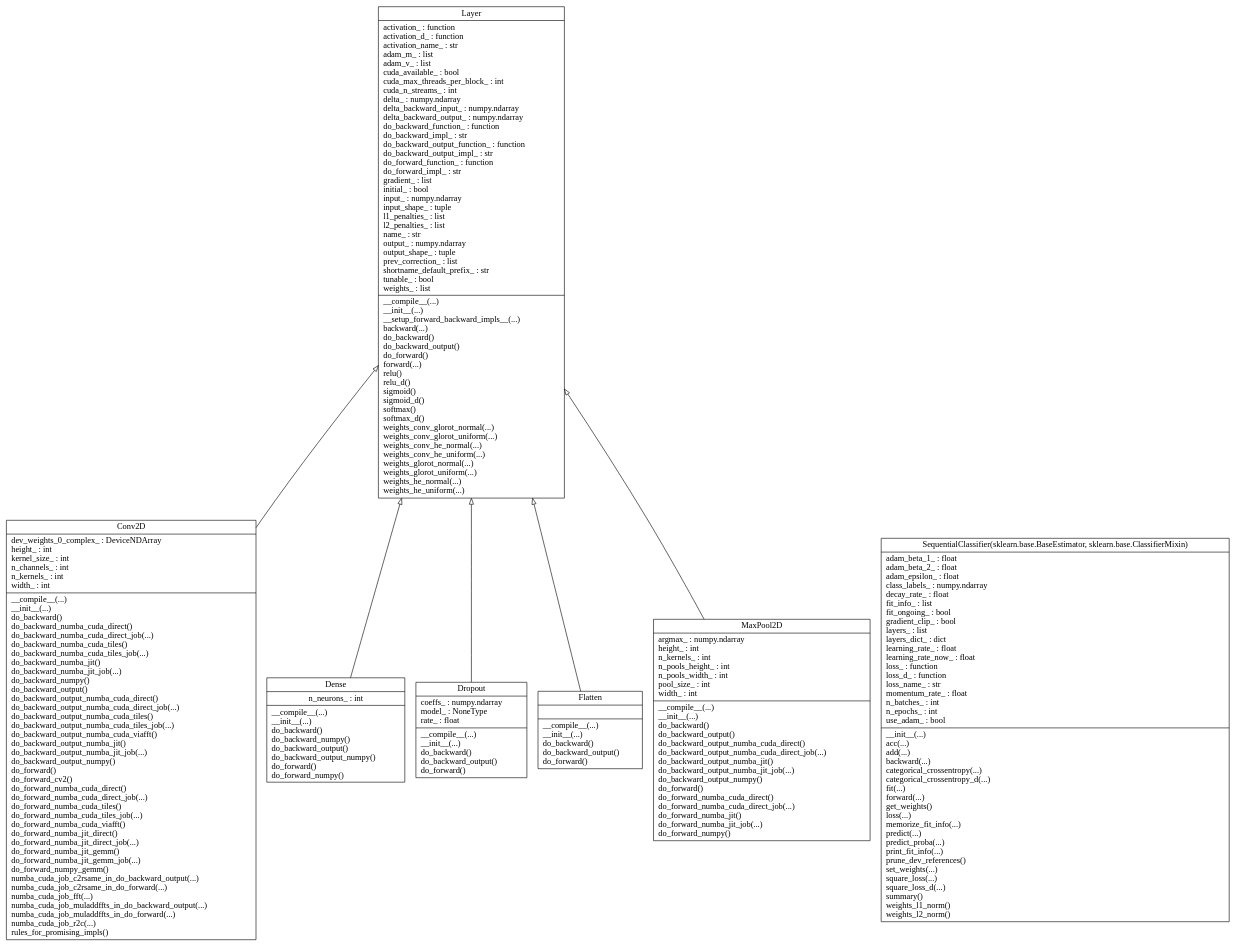
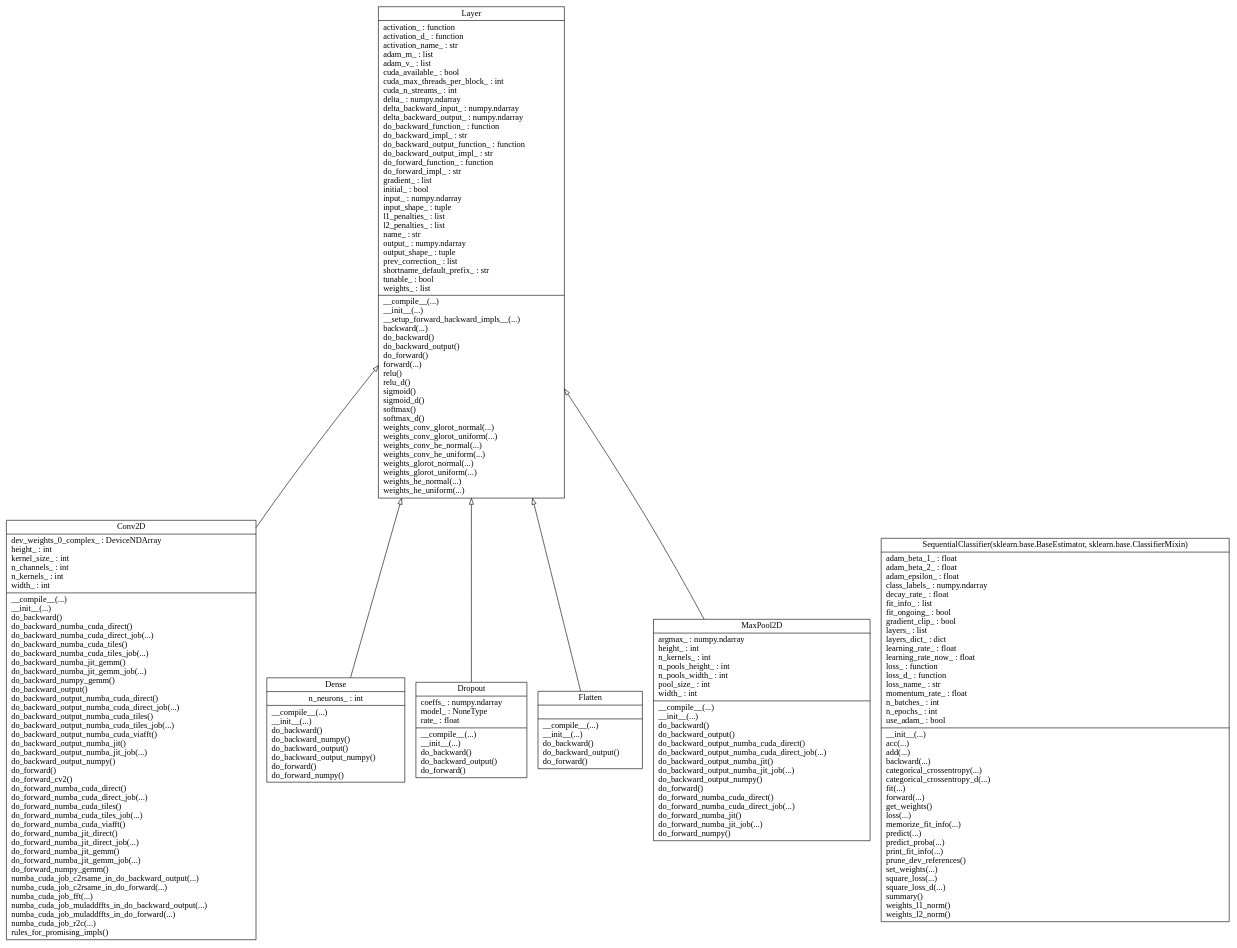
One commit to pklesk/hmdl changed the diagram in uml/classes.dot. Above: the diagram before and after it, drawn with Graphviz. The commit also changed 3 other files, not shown here.

Commit message:
corrected gemm names of backward function in Conv2D and update of UML diagram

```diff
--- a/uml/classes.dot
+++ b/uml/classes.dot
@@ -1,16 +1,16 @@
 digraph "classes" {
 charset="utf-8"
 rankdir=BT
-"0" [label="{Conv2D|dev_weights_0_complex_ : DeviceNDArray\lheight_ : int\lkernel_size_ : int\ln_channels_ : int\ln_kernels_ : int\lwidth_ : int\l|__compile__(...)\l__init__(...)\ldo_backward()\ldo_backward_numba_cuda_direct()\ldo_backward_numba_cuda_direct_job(...)\ldo_backward_numba_cuda_tiles()\ldo_backward_numba_cuda_tiles_job(...)\ldo_backward_numba_jit()\ldo_backward_numba_jit_job(...)\ldo_backward_numpy()\ldo_backward_output()\ldo_backward_output_numba_cuda_direct()\ldo_backward_output_numba_cuda_direct_job(...)\ldo_backward_output_numba_cuda_tiles()\ldo_backward_output_numba_cuda_tiles_job(...)\ldo_backward_output_numba_cuda_viafft()\ldo_backward_output_numba_jit()\ldo_backward_output_numba_jit_job(...)\ldo_backward_output_numpy()\ldo_forward()\ldo_forward_cv2()\ldo_forward_numba_cuda_direct()\ldo_forward_numba_cuda_direct_job(...)\ldo_forward_numba_cuda_tiles()\ldo_forward_numba_cuda_tiles_job(...)\ldo_forward_numba_cuda_viafft()\ldo_forward_numba_jit_direct()\ldo_forward_numba_jit_direct_job(...)\ldo_forward_numba_jit_gemm()\ldo_forward_numba_jit_gemm_job(...)\ldo_forward_numpy_gemm()\lnumba_cuda_job_c2rsame_in_do_backward_output(...)\lnumba_cuda_job_c2rsame_in_do_forward(...)\lnumba_cuda_job_fft(...)\lnumba_cuda_job_muladdffts_in_do_backward_output(...)\lnumba_cuda_job_muladdffts_in_do_forward(...)\lnumba_cuda_job_r2c(...)\lrules_for_promising_impls()\l}", shape="record"];
+"0" [label="{Conv2D|dev_weights_0_complex_ : DeviceNDArray\lheight_ : int\lkernel_size_ : int\ln_channels_ : int\ln_kernels_ : int\lwidth_ : int\l|__compile__(...)\l__init__(...)\ldo_backward()\ldo_backward_numba_cuda_direct()\ldo_backward_numba_cuda_direct_job(...)\ldo_backward_numba_cuda_tiles()\ldo_backward_numba_cuda_tiles_job(...)\ldo_backward_numba_jit_gemm()\ldo_backward_numba_jit_gemm_job(...)\ldo_backward_numpy_gemm()\ldo_backward_output()\ldo_backward_output_numba_cuda_direct()\ldo_backward_output_numba_cuda_direct_job(...)\ldo_backward_output_numba_cuda_tiles()\ldo_backward_output_numba_cuda_tiles_job(...)\ldo_backward_output_numba_cuda_viafft()\ldo_backward_output_numba_jit()\ldo_backward_output_numba_jit_job(...)\ldo_backward_output_numpy()\ldo_forward()\ldo_forward_cv2()\ldo_forward_numba_cuda_direct()\ldo_forward_numba_cuda_direct_job(...)\ldo_forward_numba_cuda_tiles()\ldo_forward_numba_cuda_tiles_job(...)\ldo_forward_numba_cuda_viafft()\ldo_forward_numba_jit_direct()\ldo_forward_numba_jit_direct_job(...)\ldo_forward_numba_jit_gemm()\ldo_forward_numba_jit_gemm_job(...)\ldo_forward_numpy_gemm()\lnumba_cuda_job_c2rsame_in_do_backward_output(...)\lnumba_cuda_job_c2rsame_in_do_forward(...)\lnumba_cuda_job_fft(...)\lnumba_cuda_job_muladdffts_in_do_backward_output(...)\lnumba_cuda_job_muladdffts_in_do_forward(...)\lnumba_cuda_job_r2c(...)\lrules_for_promising_impls()\l}", shape="record"];
 "1" [label="{Dense|n_neurons_ : int|__compile__(...)\l__init__(...)\ldo_backward()\ldo_backward_numpy()\ldo_backward_output()\ldo_backward_output_numpy()\ldo_forward()\ldo_forward_numpy()\l}", shape="record"];
 "2" [label="{Dropout|coeffs_ : numpy.ndarray\lmodel_ : NoneType\lrate_ : float\l|__compile__(...)\l__init__(...)\ldo_backward()\ldo_backward_output()\ldo_forward()\l}", shape="record"];
 "3" [label="{Flatten||__compile__(...)\l__init__(...)\ldo_backward()\ldo_backward_output()\ldo_forward()\l}", shape="record"];
 "4" [label="{Layer|activation_ : function\lactivation_d_ : function\lactivation_name_ : str\ladam_m_ : list\ladam_v_ : list\lcuda_available_ : bool\lcuda_max_threads_per_block_ : int\lcuda_n_streams_ : int\ldelta_ : numpy.ndarray\ldelta_backward_input_ : numpy.ndarray\ldelta_backward_output_ : numpy.ndarray\ldo_backward_function_ : function\ldo_backward_impl_ : str\ldo_backward_output_function_ : function\ldo_backward_output_impl_ : str\ldo_forward_function_ : function\ldo_forward_impl_ : str\lgradient_ : list\linitial_ : bool\linput_ : numpy.ndarray\linput_shape_ : tuple\ll1_penalties_ : list\ll2_penalties_ : list\lname_ : str\loutput_ : numpy.ndarray\loutput_shape_ : tuple\lprev_correction_ : list\lshortname_default_prefix_ : str\ltunable_ : bool\lweights_ : list\l|__compile__(...)\l__init__(...)\l__setup_forward_backward_impls__(...)\lbackward(...)\ldo_backward()\ldo_backward_output()\ldo_forward()\lforward(...)\lrelu()\lrelu_d()\lsigmoid()\lsigmoid_d()\lsoftmax()\lsoftmax_d()\lweights_conv_glorot_normal(...)\lweights_conv_glorot_uniform(...)\lweights_conv_he_normal(...)\lweights_conv_he_uniform(...)\lweights_glorot_normal(...)\lweights_glorot_uniform(...)\lweights_he_normal(...)\lweights_he_uniform(...)\l}", shape="record"];
 "5" [label="{MaxPool2D|argmax_ : numpy.ndarray\lheight_ : int\ln_kernels_ : int\ln_pools_height_ : int\ln_pools_width_ : int\lpool_size_ : int\lwidth_ : int\l|__compile__(...)\l__init__(...)\ldo_backward()\ldo_backward_output()\ldo_backward_output_numba_cuda_direct()\ldo_backward_output_numba_cuda_direct_job(...)\ldo_backward_output_numba_jit()\ldo_backward_output_numba_jit_job(...)\ldo_backward_output_numpy()\ldo_forward()\ldo_forward_numba_cuda_direct()\ldo_forward_numba_cuda_direct_job(...)\ldo_forward_numba_jit()\ldo_forward_numba_jit_job(...)\ldo_forward_numpy()\l}", shape="record"];
 "6" [label="{SequentialClassifier(sklearn.base.BaseEstimator, sklearn.base.ClassifierMixin)|adam_beta_1_ : float\ladam_beta_2_ : float\ladam_epsilon_ : float\lclass_labels_ : numpy.ndarray\ldecay_rate_ : float\lfit_info_ : list\lfit_ongoing_ : bool\lgradient_clip_ : bool\llayers_ : list\llayers_dict_ : dict\llearning_rate_ : float\llearning_rate_now_ : float\lloss_ : function\lloss_d_ : function\lloss_name_ : str\lmomentum_rate_ : float\ln_batches_ : int\ln_epochs_ : int\luse_adam_ : bool\l|__init__(...)\lacc(...)\ladd(...)\lbackward(...)\lcategorical_crossentropy(...)\lcategorical_crossentropy_d(...)\lfit(...)\lforward(...)\lget_weights()\lloss(...)\lmemorize_fit_info(...)\lpredict(...)\lpredict_proba(...)\lprint_fit_info(...)\lprune_dev_references()\lset_weights(...)\lsquare_loss(...)\lsquare_loss_d(...)\lsummary()\lweights_l1_norm()\lweights_l2_norm()\l}", shape="record"];
 "0" -> "4" [arrowhead="empty", arrowtail="none"];
 "1" -> "4" [arrowhead="empty", arrowtail="none"];
 "2" -> "4" [arrowhead="empty", arrowtail="none"];
 "3" -> "4" [arrowhead="empty", arrowtail="none"];
 "5" -> "4" [arrowhead="empty", arrowtail="none"];
 }
```
